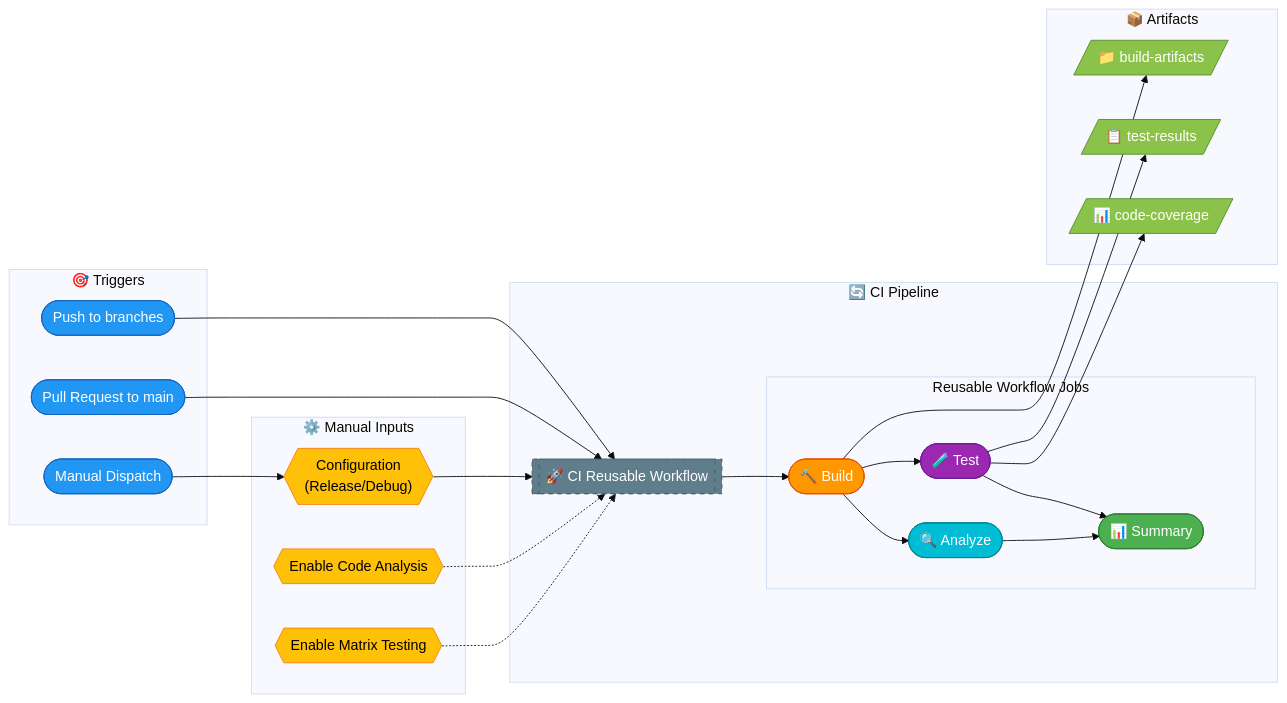
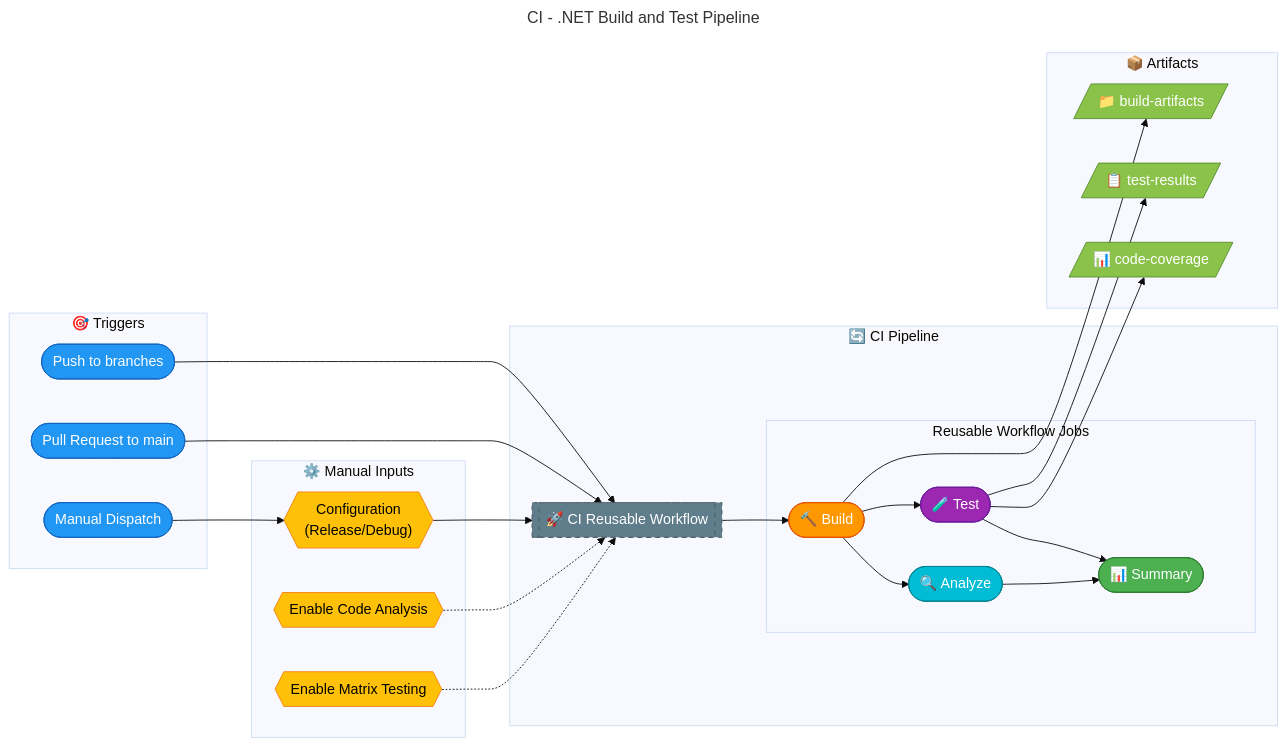
The diagram in docs/devops/ci-dotnet.md (Evilazaro/Azure-LogicApps-Monitoring), drawn with Mermaid (base theme) before and after one commit. The commit also changed 3 other files, not shown here.

Commit message:
docs: Add titles to mermaid diagrams for improved clarity in DevOps documentation

````diff
--- a/docs/devops/ci-dotnet.md
+++ b/docs/devops/ci-dotnet.md
@@ -40,70 +40,73 @@
 ```mermaid
+---
+title: CI - .NET Build and Test Pipeline
+---
 flowchart LR
     subgraph Triggers["🎯 Triggers"]
         push([Push to branches])
         pr([Pull Request to main])
         manual([Manual Dispatch])
     end
 
     subgraph Inputs["⚙️ Manual Inputs"]
         config{{"Configuration<br/>(Release/Debug)"}}
         analysis{{"Enable Code Analysis"}}
         matrix{{"Enable Matrix Testing"}}
     end
 
     subgraph CI["🔄 CI Pipeline"]
         ci_call[["🚀 CI Reusable Workflow"]]
         
         subgraph Jobs["Reusable Workflow Jobs"]
             build(["🔨 Build"])
             test(["🧪 Test"])
             analyze(["🔍 Analyze"])
             summary(["📊 Summary"])
         end
     end
 
     subgraph Artifacts["📦 Artifacts"]
         build_art[/"📁 build-artifacts"/]
         test_art[/"📋 test-results"/]
         cov_art[/"📊 code-coverage"/]
     end
 
     %% Trigger flow
     push --> ci_call
     pr --> ci_call
     manual --> config
     config --> ci_call
     analysis -.-> ci_call
     matrix -.-> ci_call
 
     %% CI flow
     ci_call --> build
     build --> test
     build --> analyze
     test --> summary
     analyze --> summary
 
     %% Artifact flow
     build --> build_art
     test --> test_art
     test --> cov_art
 
     %% Styling
     classDef trigger fill:#2196F3,stroke:#1565C0,color:#fff
     classDef input fill:#FFC107,stroke:#F57F17,color:#000
     classDef reusable fill:#607D8B,stroke:#455A64,color:#fff,stroke-dasharray: 5 5
     classDef build fill:#FF9800,stroke:#E65100,color:#fff
     classDef test fill:#9C27B0,stroke:#6A1B9A,color:#fff
     classDef analyze fill:#00BCD4,stroke:#00838F,color:#fff
     classDef summary fill:#4CAF50,stroke:#2E7D32,color:#fff
     classDef artifact fill:#8BC34A,stroke:#558B2F,color:#fff
 
     class push,pr,manual trigger
     class config,analysis,matrix input
     class ci_call reusable
     class build build
     class test test
     class analyze analyze
     class summary summary
     class build_art,test_art,cov_art artifact
 ```
````
